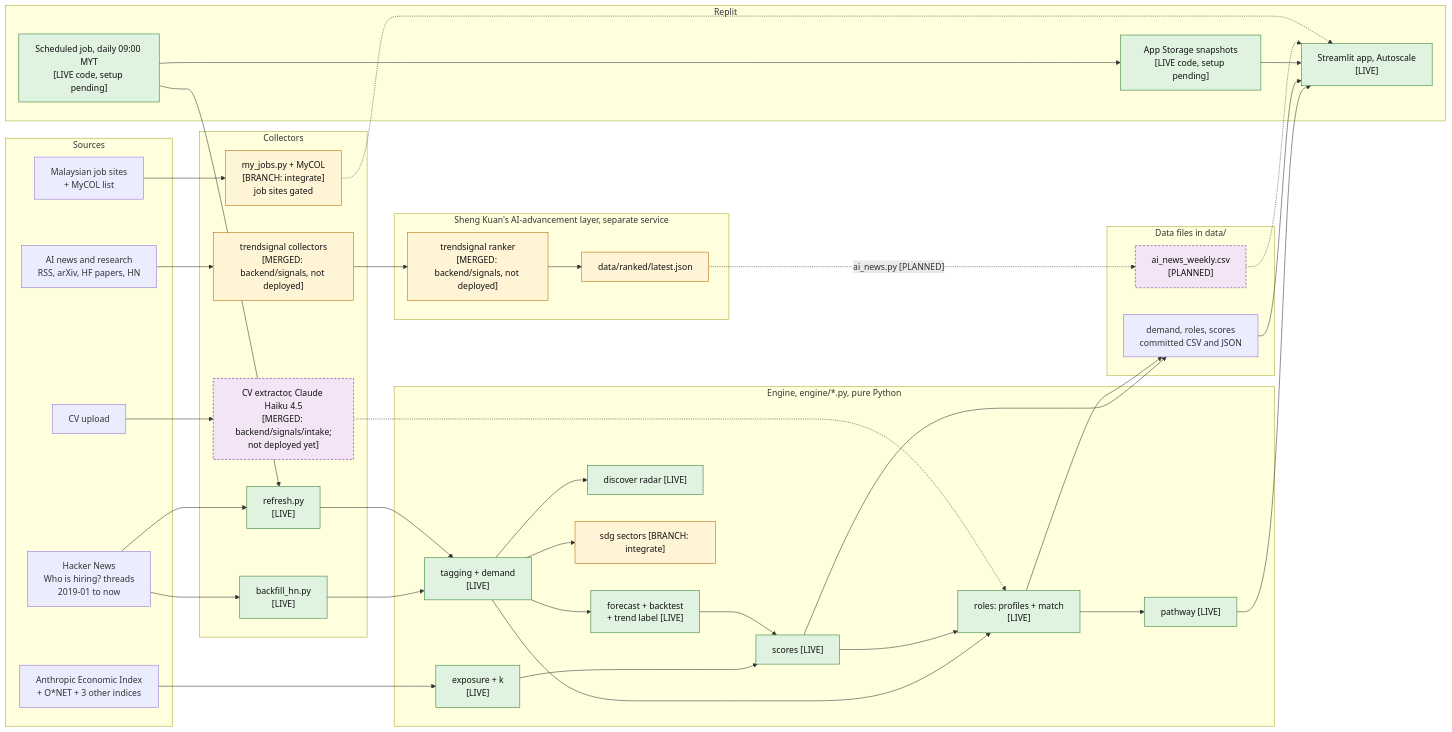
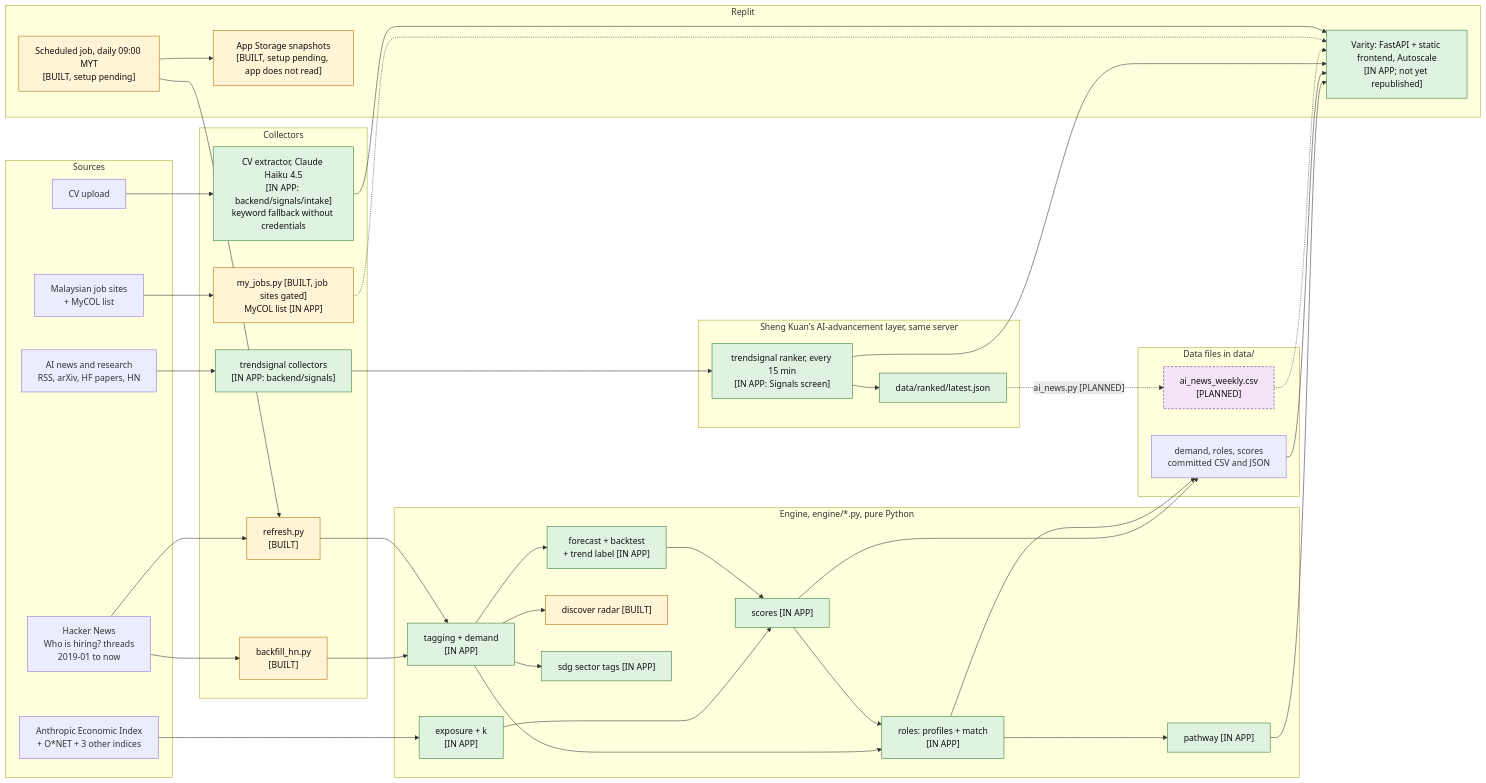
The first of 9 diagrams in docs/architecture.md (TayEeZhan/varity), drawn with Mermaid before and after one commit. The commit also changed other lines of this file and 14 other files, not shown here.

Commit message:
docs: describe Varity as the only app; Streamlit retired

````diff
--- a/docs/architecture.md
+++ b/docs/architecture.md
@@ -38,76 +37,76 @@
 ```mermaid
 flowchart LR
     subgraph SRC["Sources"]
         HN["Hacker News<br/>Who is hiring? threads<br/>2019-01 to now"]
         AEI["Anthropic Economic Index<br/>+ O*NET + 3 other indices"]
         NEWS["AI news and research<br/>RSS, arXiv, HF papers, HN"]
         MYS["Malaysian job sites<br/>+ MyCOL list"]
         CV["CV upload"]
     end
 
     subgraph COL["Collectors"]
-        BF["backfill_hn.py<br/>[LIVE]"]
-        RF["refresh.py<br/>[LIVE]"]
-        TS["trendsignal collectors<br/>[MERGED: backend/signals, not deployed]"]
-        MJ["my_jobs.py + MyCOL<br/>[BRANCH: integrate]<br/>job sites gated"]
-        CVX["CV extractor, Claude Haiku 4.5<br/>[MERGED: backend/signals/intake;<br/>not deployed yet]"]
+        BF["backfill_hn.py<br/>[BUILT]"]
+        RF["refresh.py<br/>[BUILT]"]
+        TS["trendsignal collectors<br/>[IN APP: backend/signals]"]
+        MJ["my_jobs.py [BUILT, job sites gated]<br/>MyCOL list [IN APP]"]
+        CVX["CV extractor, Claude Haiku 4.5<br/>[IN APP: backend/signals/intake]<br/>keyword fallback without credentials"]
     end
 
     subgraph ENG["Engine, engine/*.py, pure Python"]
-        TAG["tagging + demand<br/>[LIVE]"]
-        EXP["exposure + k<br/>[LIVE]"]
-        FC["forecast + backtest<br/>+ trend label [LIVE]"]
-        SC["scores [LIVE]"]
-        RM["roles: profiles + match<br/>[LIVE]"]
-        PW["pathway [LIVE]"]
-        DS["discover radar [LIVE]"]
-        SDG["sdg sectors [BRANCH: integrate]"]
+        TAG["tagging + demand<br/>[IN APP]"]
+        EXP["exposure + k<br/>[IN APP]"]
+        FC["forecast + backtest<br/>+ trend label [IN APP]"]
+        SC["scores [IN APP]"]
+        RM["roles: profiles + match<br/>[IN APP]"]
+        PW["pathway [IN APP]"]
+        DS["discover radar [BUILT]"]
+        SDG["sdg sector tags [IN APP]"]
     end
 
     subgraph FILES["Data files in data/"]
         D1["demand, roles, scores<br/>committed CSV and JSON"]
         D2["ai_news_weekly.csv<br/>[PLANNED]"]
     end
 
     subgraph REPLIT["Replit"]
-        APP["Streamlit app, Autoscale<br/>[LIVE]"]
-        ST["App Storage snapshots<br/>[LIVE code, setup pending]"]
-        JOB["Scheduled job, daily 09:00 MYT<br/>[LIVE code, setup pending]"]
+        APP["Varity: FastAPI + static frontend, Autoscale<br/>[IN APP; not yet republished]"]
+        ST["App Storage snapshots<br/>[BUILT, setup pending, app does not read]"]
+        JOB["Scheduled job, daily 09:00 MYT<br/>[BUILT, setup pending]"]
     end
 
-    subgraph AIL["Sheng Kuan's AI-advancement layer, separate service"]
-        RK["trendsignal ranker<br/>[MERGED: backend/signals, not deployed]"]
+    subgraph AIL["Sheng Kuan's AI-advancement layer, same server"]
+        RK["trendsignal ranker, every 15 min<br/>[IN APP: Signals screen]"]
         RJ["data/ranked/latest.json"]
     end
 
     HN --> BF --> TAG
     HN --> RF --> TAG
     AEI --> EXP
     TAG --> FC
     EXP --> SC
     FC --> SC
     TAG --> RM
     SC --> RM
     RM --> PW
     TAG --> DS
     TAG --> SDG
     SC --> D1
     RM --> D1
     PW --> APP
     D1 --> APP
     JOB --> RF
     JOB --> ST
-    ST --> APP
     NEWS --> TS --> RK --> RJ
+    RK --> APP
     RJ -. "ai_news.py [PLANNED]" .-> D2
     D2 -.-> APP
     MYS --> MJ -.-> APP
-    CV --> CVX -.-> RM
+    CV --> CVX --> APP
 
     classDef live fill:#dff3e0,stroke:#2e7d32,color:#111
     classDef branch fill:#fff4d6,stroke:#b26a00,color:#111
     classDef planned fill:#f3e5f5,stroke:#6a1b9a,stroke-dasharray: 4 3,color:#111
-    class BF,RF,TAG,EXP,FC,SC,RM,PW,DS,APP,ST,JOB live
-    class TS,MJ,SDG,RK,RJ branch
-    class CVX,D2 planned
+    class TAG,EXP,FC,SC,RM,PW,SDG,APP,TS,RK,RJ,CVX live
+    class BF,RF,DS,ST,JOB,MJ branch
+    class D2 planned
 ```
````
